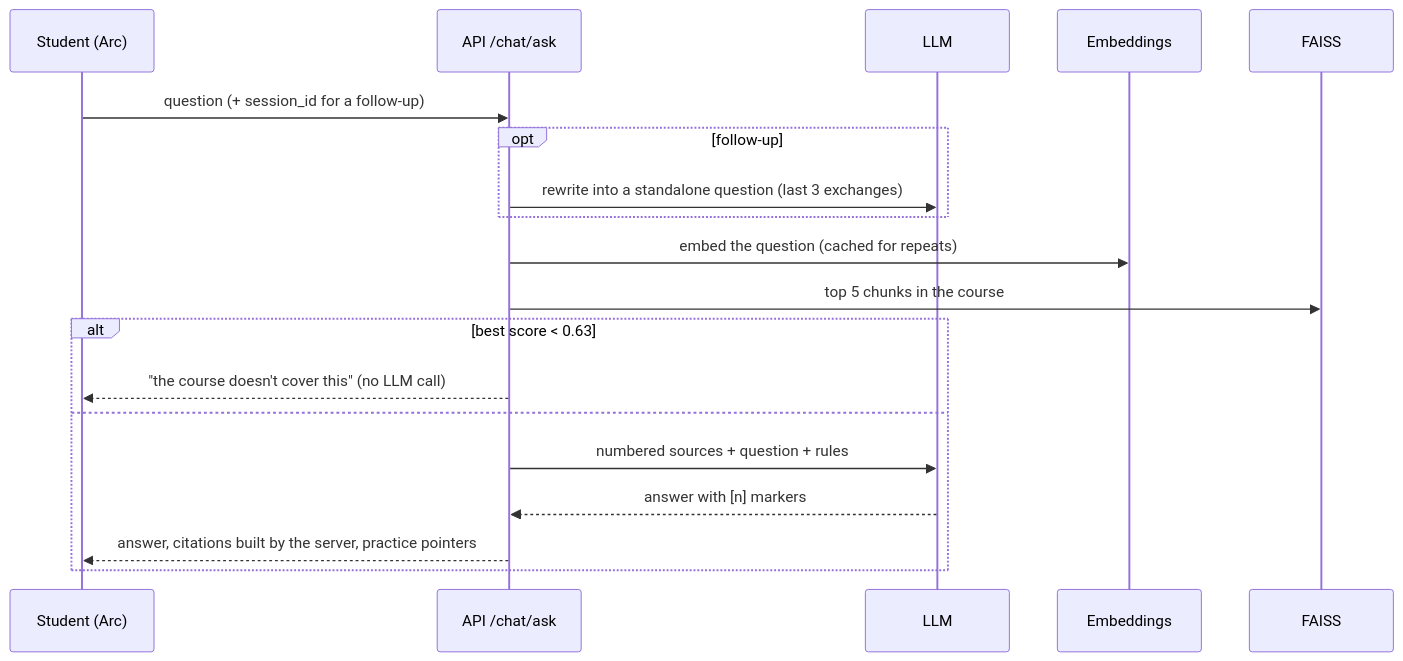
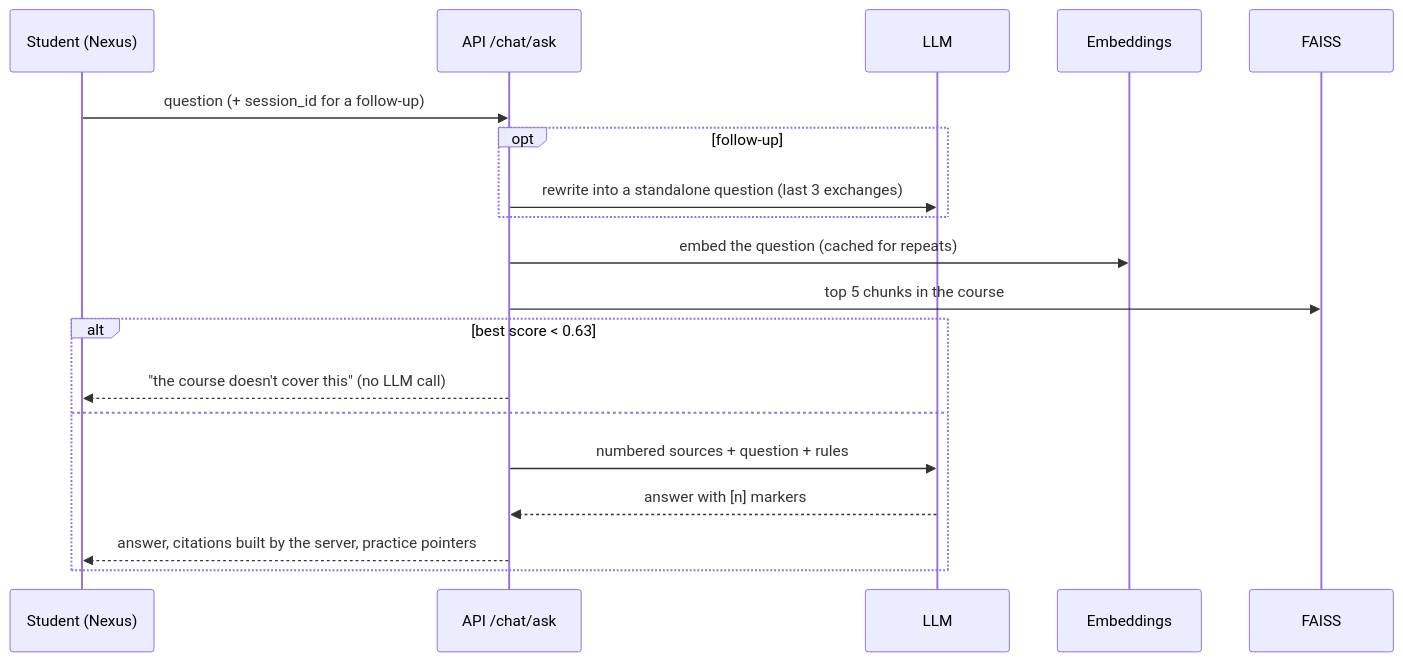
Before and after one commit to hemanthkumaralwar/AI-powered-intelligent-learning-assistant: the second of 2 diagrams in docs/architecture.md, drawn with Mermaid. The commit also changed other lines of this file and 25 other files, not shown here.

First line of the commit message:
Step 24: public LearnX, admin area at /admin, Nexus in lessons (Arc removed)

````diff
--- a/docs/architecture.md
+++ b/docs/architecture.md
@@ -80,21 +80,21 @@
 ```mermaid
 sequenceDiagram
-    participant S as Student (Arc)
+    participant S as Student (Nexus)
     participant A as API /chat/ask
     participant L as LLM
     participant E as Embeddings
     participant F as FAISS
     S->>A: question (+ session_id for a follow-up)
     opt follow-up
         A->>L: rewrite into a standalone question (last 3 exchanges)
     end
     A->>E: embed the question (cached for repeats)
     A->>F: top 5 chunks in the course
     alt best score < 0.63
         A-->>S: "the course doesn't cover this" (no LLM call)
     else
         A->>L: numbered sources + question + rules
         L-->>A: answer with [n] markers
         A-->>S: answer, citations built by the server, practice pointers
     end
 ```
````
